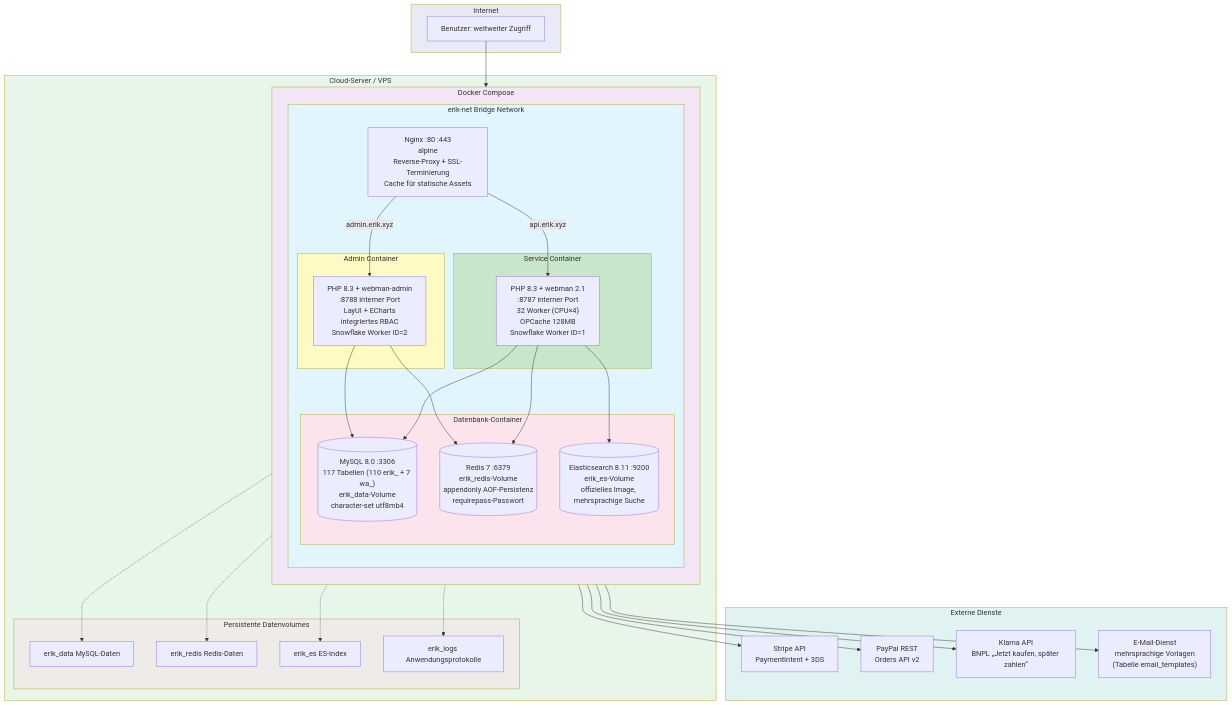
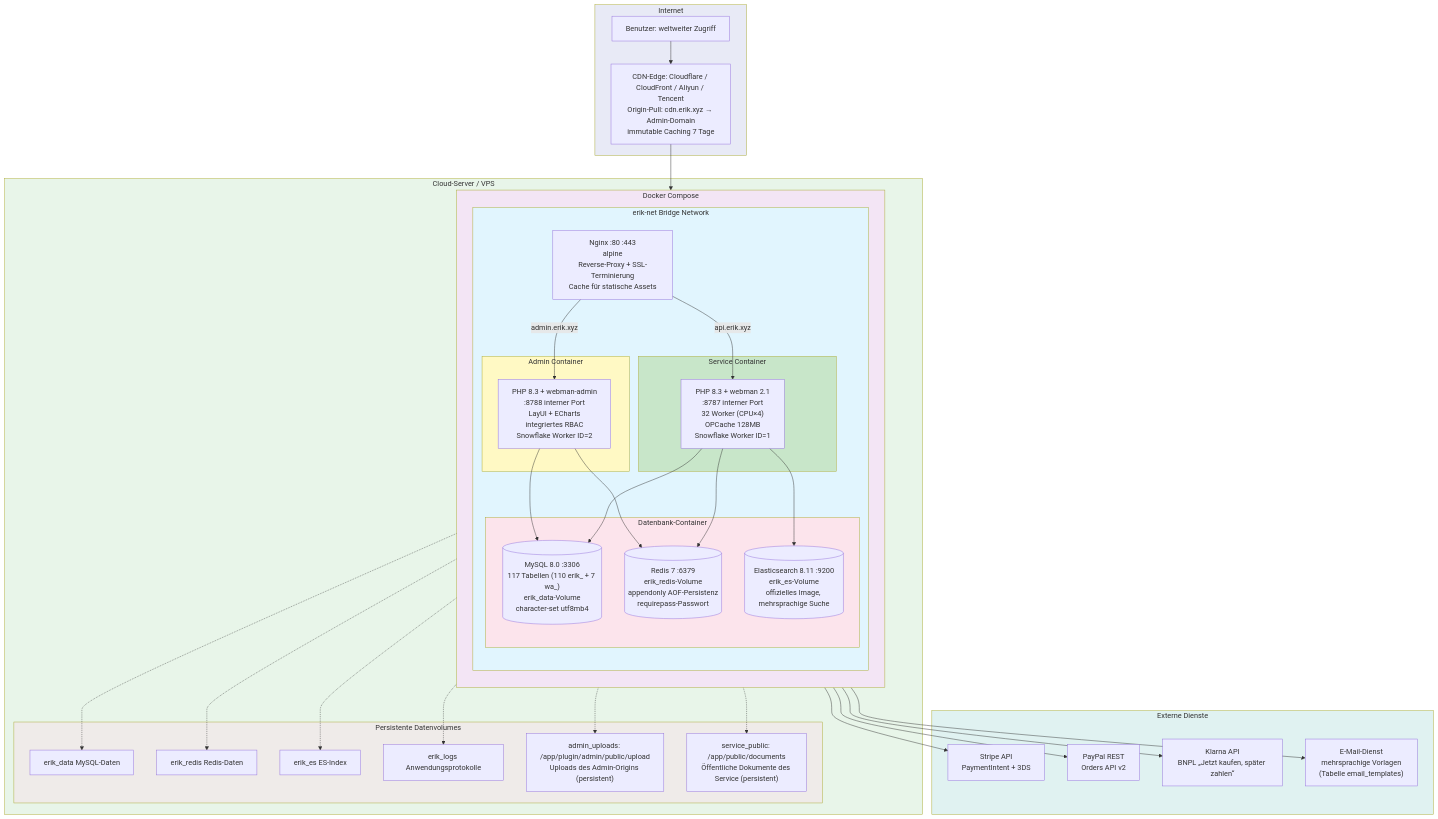
One commit to erikwang2013/erik-shop changed the diagram in docs/i18n/de/diagrams/06-deployment-architecture.mmd. Above: the diagram before and after it, drawn with Mermaid. The commit also changed 191 other files, not shown here.

First line of the commit message:
v1.2.0：CDN 内容分发接入（Origin-Pull 回源 + 四大云厂商适配 + 管理端配置/刷新/日志 + 上传持久化 + 全文档与12语言i18n同步 + Crypto 捐赠图文入库）

```diff
--- a/docs/i18n/de/diagrams/06-deployment-architecture.mmd
+++ b/docs/i18n/de/diagrams/06-deployment-architecture.mmd
@@ -1,71 +1,77 @@
 graph TB
     subgraph Internet["Internet"]
         User["Benutzer: weltweiter Zugriff"]
+        CdnEdge["CDN-Edge: Cloudflare / CloudFront / Aliyun / Tencent<br/>Origin-Pull: cdn.erik.xyz → Admin-Domain<br/>immutable Caching 7 Tage"]
     end
 
     subgraph VPS["Cloud-Server / VPS"]
         subgraph Docker["Docker Compose"]
             direction TB
 
             subgraph Net["erik-net Bridge Network"]
                 direction TB
 
                 NGX["Nginx :80 :443<br/>alpine<br/>Reverse-Proxy + SSL-Terminierung<br/>Cache für statische Assets"]
 
                 subgraph PHP_Service["Service Container"]
                     SVC["PHP 8.3 + webman 2.1<br/>:8787 interner Port<br/>32 Worker (CPU×4)<br/>OPCache 128MB<br/>Snowflake Worker ID=1"]
                 end
 
                 subgraph PHP_Admin["Admin Container"]
                     ADM["PHP 8.3 + webman-admin<br/>:8788 interner Port<br/>LayUI + ECharts<br/>integriertes RBAC<br/>Snowflake Worker ID=2"]
                 end
 
                 subgraph DB["Datenbank-Container"]
                     MYSQL[("MySQL 8.0 :3306<br/>117 Tabellen (110 erik_ + 7 wa_)<br/>erik_data-Volume<br/>character-set utf8mb4")]
                     REDIS[("Redis 7 :6379<br/>erik_redis-Volume<br/>appendonly AOF-Persistenz<br/>requirepass-Passwort")]
                     ES[("Elasticsearch 8.11 :9200<br/>erik_es-Volume<br/>offizielles Image, mehrsprachige Suche")]
                 end
             end
         end
 
         subgraph Volumes["Persistente Datenvolumes"]
             V1["erik_data MySQL-Daten"]
             V2["erik_redis Redis-Daten"]
             V3["erik_es ES-Index"]
             V4["erik_logs Anwendungsprotokolle"]
+            V5["admin_uploads: /app/plugin/admin/public/upload<br/>Uploads des Admin-Origins (persistent)"]
+            V6["service_public: /app/public/documents<br/>Öffentliche Dokumente des Service (persistent)"]
         end
     end
 
     subgraph External["Externe Dienste"]
         Stripe["Stripe API<br/>PaymentIntent + 3DS"]
         PayPal["PayPal REST<br/>Orders API v2"]
         Klarna["Klarna API<br/>BNPL „Jetzt kaufen, später zahlen“"]
         SMTP["E-Mail-Dienst<br/>mehrsprachige Vorlagen<br/>(Tabelle email_templates)"]
     end
 
-    User --> NGX
+    User --> CdnEdge
+    CdnEdge --> NGX
     NGX -->|api.erik.xyz| SVC
     NGX -->|admin.erik.xyz| ADM
     SVC --> MYSQL
     SVC --> REDIS
     SVC --> ES
     SVC --> Stripe
     SVC --> PayPal
     SVC --> Klarna
     SVC --> SMTP
     ADM --> MYSQL
     ADM --> REDIS
     MYSQL -.-> V1
     REDIS -.-> V2
     ES -.-> V3
     SVC -.-> V4
+    SVC -.-> V6
+    ADM -.-> V5
 
     style Internet fill:#e8eaf6
     style VPS fill:#e8f5e9
     style Docker fill:#f3e5f5
     style Net fill:#e1f5fe
     style PHP_Service fill:#c8e6c9
     style PHP_Admin fill:#fff9c4
     style DB fill:#fce4ec
     style Volumes fill:#efebe9
     style External fill:#e0f2f1
```
